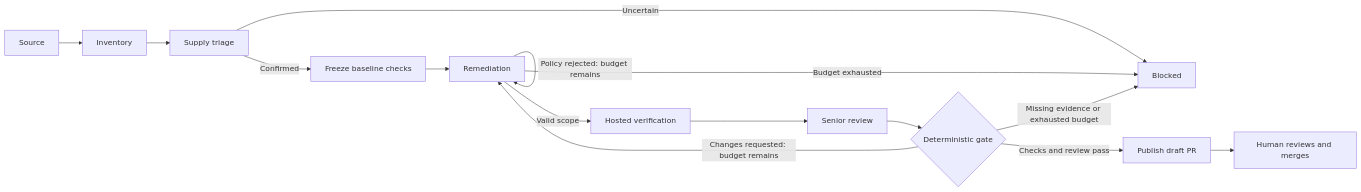
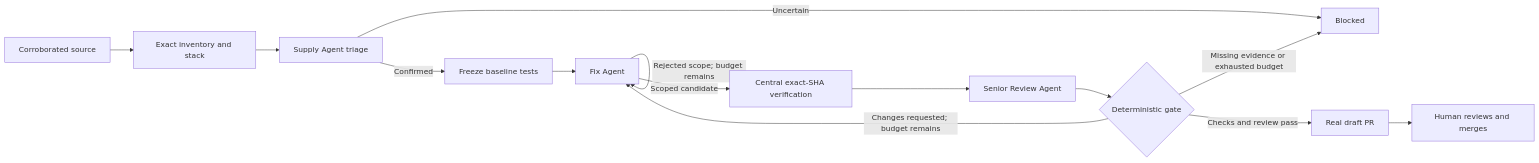
The diagram in docs/THREE-AGENT-ARCHITECTURE.md (Harsh5840/arigato-hack), drawn with Mermaid before and after one commit. The commit also changed other lines of this file and 36 other files, not shown here.

````diff
--- a/docs/THREE-AGENT-ARCHITECTURE.md
+++ b/docs/THREE-AGENT-ARCHITECTURE.md
@@ -25,17 +38,16 @@
 ```mermaid
 flowchart LR
-  S[Source] --> I[Inventory]
-  I --> T[Supply triage]
-  T -->|Confirmed| B[Freeze baseline checks]
+  S[Corroborated source] --> I[Exact inventory and stack]
+  I --> T[Supply Agent triage]
+  T -->|Confirmed| B[Freeze baseline tests]
   T -->|Uncertain| X[Blocked]
-  B --> R[Remediation]
-  R -->|Valid scope| V[Hosted verification]
-  R -->|Policy rejected: budget remains| R
-  R -->|Budget exhausted| X
-  V --> W[Senior review]
+  B --> R[Fix Agent]
+  R -->|Scoped candidate| V[Central exact-SHA verification]
+  R -->|Rejected scope; budget remains| R
+  V --> W[Senior Review Agent]
   W --> G{Deterministic gate}
-  G -->|Changes requested: budget remains| R
-  G -->|Checks and review pass| P[Publish draft PR]
+  G -->|Changes requested; budget remains| R
+  G -->|Checks and review pass| P[Real draft PR]
   G -->|Missing evidence or exhausted budget| X
   P --> H[Human reviews and merges]
 ```
````
